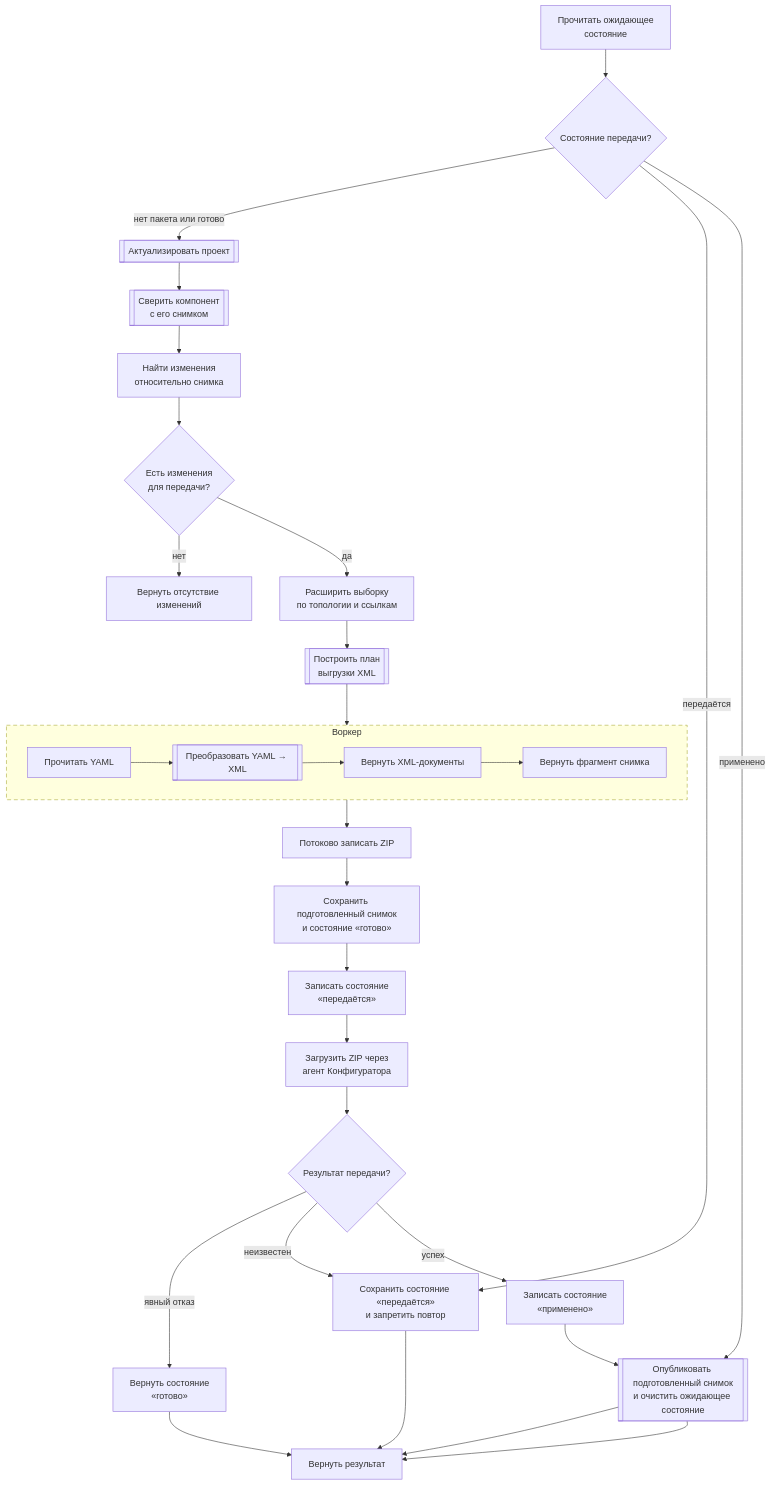
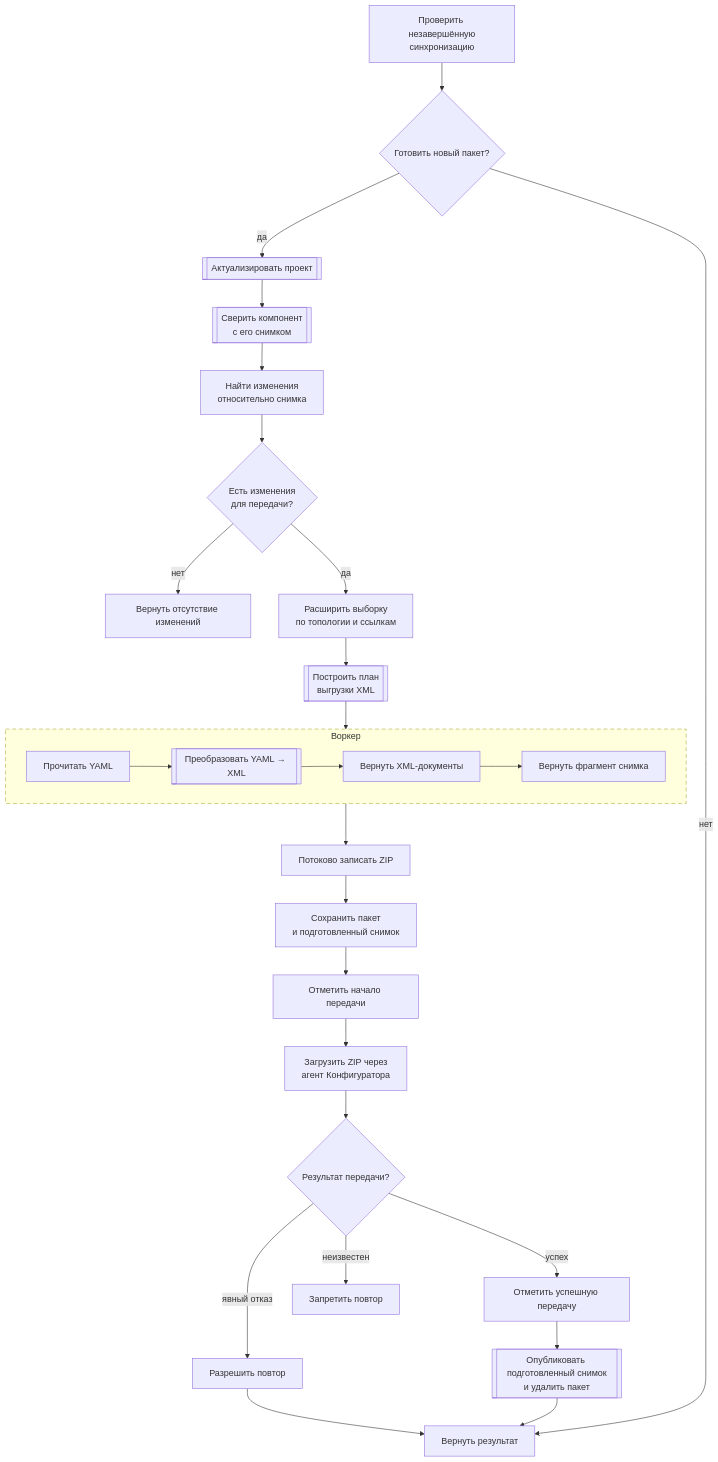
The ninth of 11 diagrams in .agents/architecture.md (crimsongoldteam/nkdk), drawn with Mermaid before and after one commit. The commit also changed 1 other file, not shown here.

Commit message:
docs: :memo: сократить восстановление частичной синхронизации
Скрыть внутренние фазы незавершённой попытки за одной задачей и убрать дублирующую схему из спецификации.

````diff
--- a/.agents/architecture.md
+++ b/.agents/architecture.md
@@ -287,41 +287,40 @@
 ```mermaid
 flowchart TD
-  state["Прочитать ожидающее<br/>состояние"]
-  phase{"Состояние передачи?"}
+  pending["Проверить незавершённую<br/>синхронизацию"]
+  proceed{"Готовить новый пакет?"}
   validate[["Актуализировать проект"]]
   target[["Сверить компонент<br/>с его снимком"]]
   changes["Найти изменения<br/>относительно снимка"]
   work{"Есть изменения<br/>для передачи?"}
   impact["Расширить выборку<br/>по топологии и ссылкам"]
   plan[["Построить план<br/>выгрузки XML"]]
 
   subgraph partialSyncJob["Воркер"]
     direction LR
     readYaml["Прочитать YAML"] --> toXml[["Преобразовать YAML → XML"]] --> document["Вернуть XML-документы"] --> fragment["Вернуть фрагмент снимка"]
   end
 
   archive["Потоково записать ZIP"]
-  prepared["Сохранить подготовленный снимок<br/>и состояние «готово»"]
+  prepared["Сохранить пакет<br/>и подготовленный снимок"]
   noChanges["Вернуть отсутствие изменений"]
-  transferring["Записать состояние<br/>«передаётся»"]
+  transferring["Отметить начало передачи"]
   load["Загрузить ZIP через<br/>агент Конфигуратора"]
   outcome{"Результат передачи?"}
-  retry["Вернуть состояние<br/>«готово»"]
-  unknown["Сохранить состояние «передаётся»<br/>и запретить повтор"]
-  applied["Записать состояние<br/>«применено»"]
-  publish[["Опубликовать подготовленный снимок<br/>и очистить ожидающее состояние"]]
+  retry["Разрешить повтор"]
+  unknown["Запретить повтор"]
+  applied["Отметить успешную передачу"]
+  publish[["Опубликовать подготовленный снимок<br/>и удалить пакет"]]
   result["Вернуть результат"]
 
-  state --> phase
-  phase -- "нет пакета или готово" --> validate
-  phase -- "передаётся" --> unknown --> result
-  phase -- "применено" --> publish --> result
+  pending --> proceed
+  proceed -- "да" --> validate
+  proceed -- "нет" --> result
   validate --> target --> changes --> work
   work -- "нет" --> noChanges
   work -- "да" --> impact --> plan --> partialSyncJob --> archive --> prepared
   prepared --> transferring --> load --> outcome
   outcome -- "явный отказ" --> retry --> result
   outcome -- "неизвестен" --> unknown
   outcome -- "успех" --> applied --> publish --> result
   style partialSyncJob stroke-dasharray: 7 5
 ```
````
